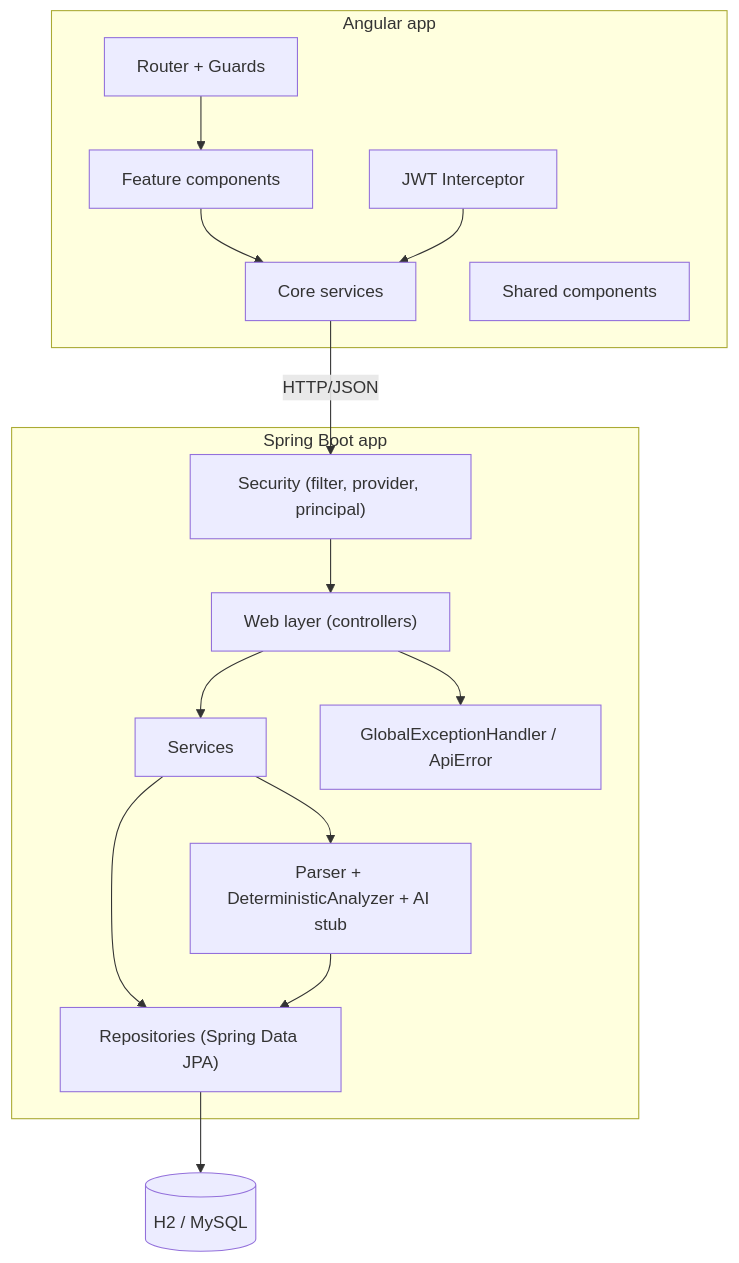
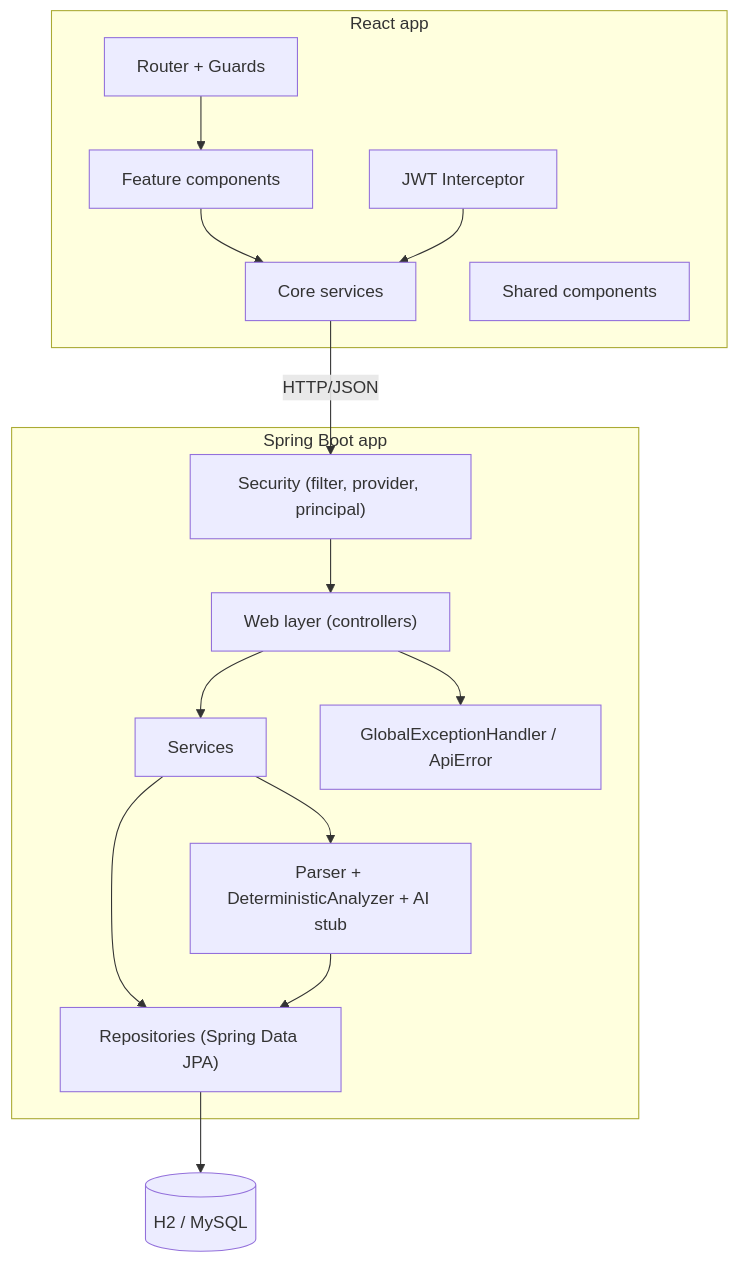
Before and after one commit to elel-m-b/CareerPilot: diagram 13 of 14 in docs/UML_DIAGRAMS.md, drawn with Mermaid. The commit also changed other lines of this file and 173 other files, not shown here.

Commit message:
Update frontend to React

````diff
--- a/docs/UML_DIAGRAMS.md
+++ b/docs/UML_DIAGRAMS.md
@@ -493,33 +493,33 @@
 ```mermaid
 graph TD
-    subgraph Frontend["Angular app"]
+    subgraph Frontend["React app"]
         F_Router["Router + Guards"]
         F_Intercept["JWT Interceptor"]
         F_Services["Core services"]
         F_Features["Feature components"]
         F_Shared["Shared components"]
     end
 
     subgraph Backend["Spring Boot app"]
         B_Web["Web layer (controllers)"]
         B_Sec["Security (filter, provider, principal)"]
         B_Srv["Services"]
         B_Eng["Parser + DeterministicAnalyzer + AI stub"]
         B_Pers["Repositories (Spring Data JPA)"]
         B_Err["GlobalExceptionHandler / ApiError"]
     end
 
     DB[("H2 / MySQL")]
 
     F_Features --> F_Services
     F_Router --> F_Features
     F_Intercept --> F_Services
     F_Services -- "HTTP/JSON" --> B_Sec
     B_Sec --> B_Web
     B_Web --> B_Srv
     B_Web --> B_Err
     B_Srv --> B_Eng
     B_Srv --> B_Pers
     B_Eng --> B_Pers
     B_Pers --> DB
 ```
````
